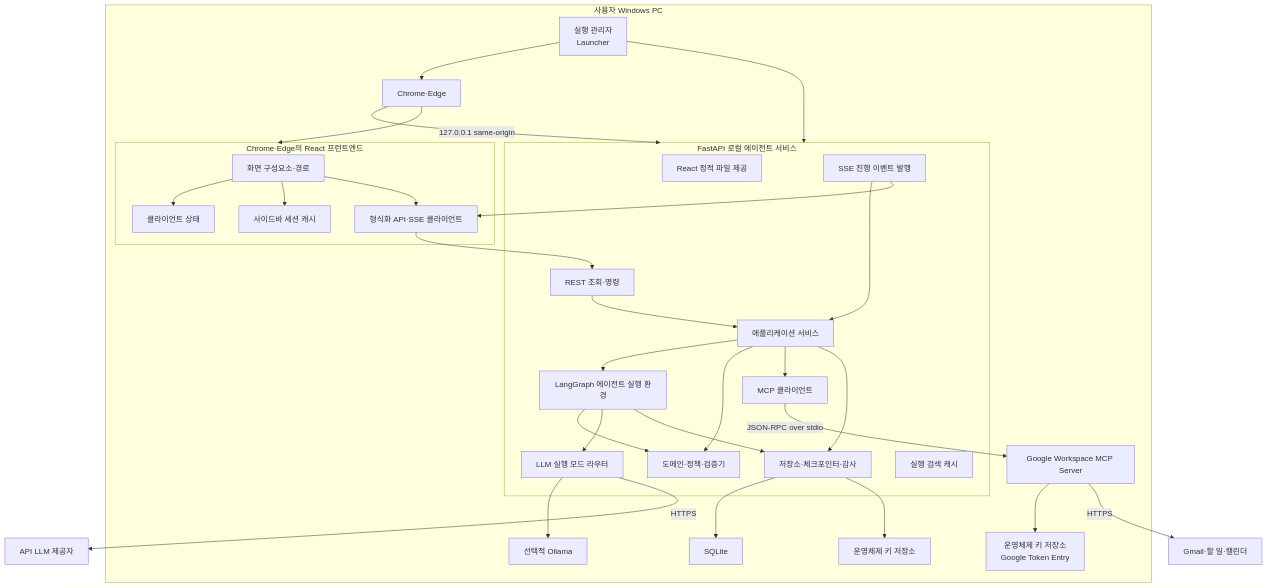
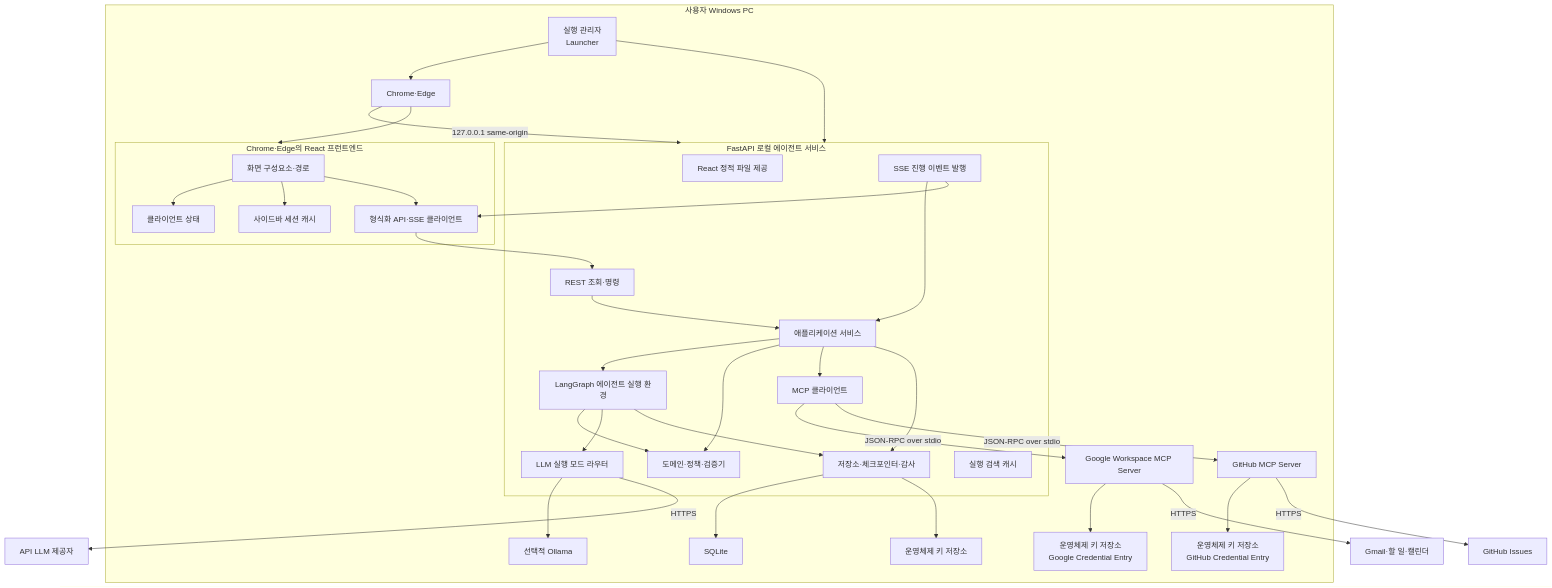
One commit to solar-ai-dev/mcp-work-agent changed the second of 8 diagrams in docs/canonical/03-system-architecture.md. Above: the diagram before and after it, drawn with Mermaid. The commit also changed other lines of this file and 11 other files, not shown here.

````diff
--- a/docs/canonical/03-system-architecture.md
+++ b/docs/canonical/03-system-architecture.md
@@ -242,53 +246,56 @@
 ```mermaid
 flowchart TB
     subgraph PC["사용자 Windows PC"]
         L["실행 관리자<br>Launcher"] --> API
         L --> B["Chrome·Edge"]
         B -->|"127.0.0.1 same-origin"| API
 
         subgraph API["FastAPI 로컬 에이전트 서비스"]
             WEB["React 정적 파일 제공"]
             HTTP["REST 조회·명령"]
             SSE["SSE 진행 이벤트 발행"]
             APS["애플리케이션 서비스"]
             AG["LangGraph 에이전트 실행 환경"]
             DOM["도메인·정책·검증기"]
             LLM["LLM 실행 모드 라우터"]
             MC["MCP 클라이언트"]
             PER["저장소·체크포인터·감사"]
             RUNMEM["실행 검색 캐시"]
 
             HTTP --> APS
             SSE --> APS
             APS --> AG
             APS --> DOM
             AG --> DOM
             AG --> LLM
             APS --> MC
             APS --> PER
             AG --> PER
         end
 
         subgraph FE["Chrome·Edge의 React 프런트엔드"]
             UI["화면 구성요소·경로"]
             CS["클라이언트 상태"]
             CACHE["사이드바 세션 캐시"]
             CLIENT["형식화 API·SSE 클라이언트"]
             UI --> CS
             UI --> CACHE
             UI --> CLIENT
         end
 
         B --> FE
         CLIENT --> HTTP
         SSE --> CLIENT
-        MC -->|"JSON-RPC over stdio"| MCP["Google Workspace MCP Server"]
-        MCP --> KR2["운영체제 키 저장소<br>Google Token Entry"]
+        MC -->|"JSON-RPC over stdio"| GMCP["Google Workspace MCP Server"]
+        MC -->|"JSON-RPC over stdio"| HMCP["GitHub MCP Server"]
+        GMCP --> KR2["운영체제 키 저장소<br>Google Credential Entry"]
+        HMCP --> KR3["운영체제 키 저장소<br>GitHub Credential Entry"]
         PER --> DB["SQLite"]
         PER --> KR["운영체제 키 저장소"]
         LLM --> O["선택적 Ollama"]
     end
 
-    MCP -->|"HTTPS"| GOOGLE["Gmail·할 일·캘린더"]
+    GMCP -->|"HTTPS"| GOOGLE["Gmail·할 일·캘린더"]
+    HMCP -->|"HTTPS"| GITHUB["GitHub Issues"]
     LLM -->|"HTTPS"| EXT["API LLM 제공자"]
 ```
````
